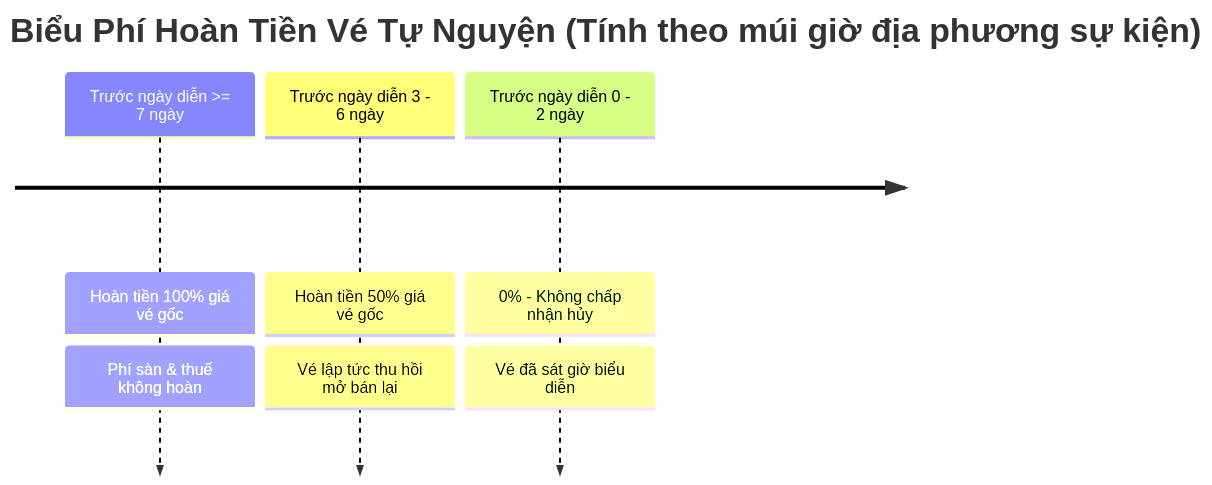
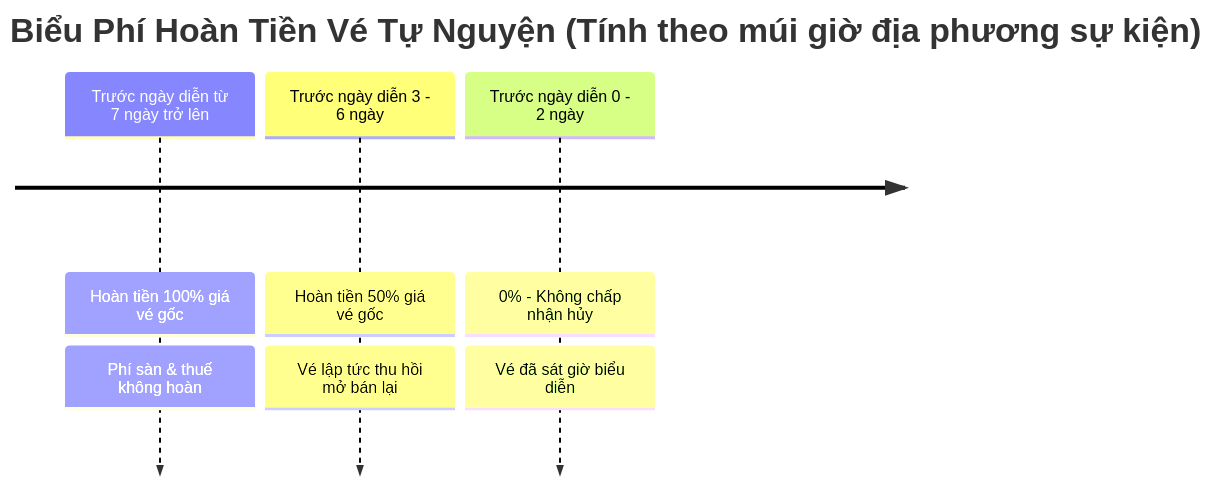
Before and after one commit to toanteng11/concert-ticketing-docs: the ninth of 10 diagrams in business-analysis/Thuyet_Trinh_Nghiep_Vu_He_Thong.md, drawn with Mermaid. The commit also changed other lines of this file, not shown here.

Commit message:
Fix GitHub Mermaid rendering in presentation

````diff
--- a/business-analysis/Thuyet_Trinh_Nghiep_Vu_He_Thong.md
+++ b/business-analysis/Thuyet_Trinh_Nghiep_Vu_He_Thong.md
@@ -338,7 +340,7 @@
 ```mermaid
 timeline
     title Biểu Phí Hoàn Tiền Vé Tự Nguyện (Tính theo múi giờ địa phương sự kiện)
-    Trước ngày diễn >= 7 ngày : Hoàn tiền 100% giá vé gốc : Phí sàn & thuế không hoàn
+    Trước ngày diễn từ 7 ngày trở lên : Hoàn tiền 100% giá vé gốc : Phí sàn & thuế không hoàn
     Trước ngày diễn 3 - 6 ngày : Hoàn tiền 50% giá vé gốc : Vé lập tức thu hồi mở bán lại
     Trước ngày diễn 0 - 2 ngày : 0% - Không chấp nhận hủy : Vé đã sát giờ biểu diễn
 ```
````
